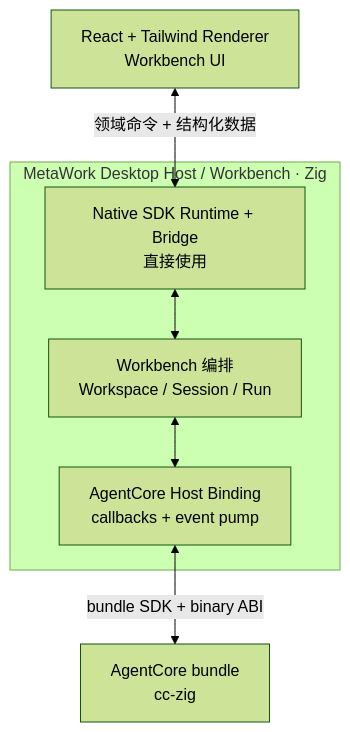
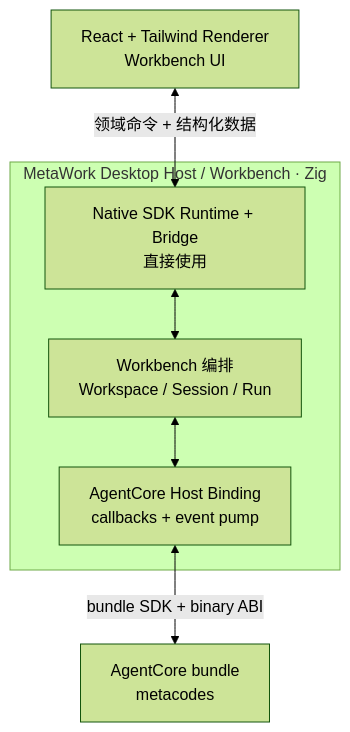
The diagram in docs/architecture.md (metask-ai/metawork), drawn with Mermaid (forest theme) before and after one commit. The commit also changed other lines of this file and 7 other files, not shown here.

````diff
--- a/docs/architecture.md
+++ b/docs/architecture.md
@@ -51,17 +51,17 @@
 ```mermaid
 flowchart TB
     UI["React + Tailwind Renderer<br/>Workbench UI"]
 
     subgraph HOST["MetaWork Desktop Host / Workbench · Zig"]
         NATIVE["Native SDK Runtime + Bridge<br/>直接使用"]
         WB["Workbench 编排<br/>Workspace / Session / Run"]
         BACKEND["AgentCore Host Binding<br/>callbacks + event pump"]
         NATIVE <--> WB
         WB <--> BACKEND
     end
 
-    CORE["AgentCore bundle<br/>cc-zig"]
+    CORE["AgentCore bundle<br/>metacodes"]
 
     UI <-->|"领域命令 + 结构化数据"| NATIVE
     BACKEND <-->|"bundle SDK + binary ABI"| CORE
 ```
````
